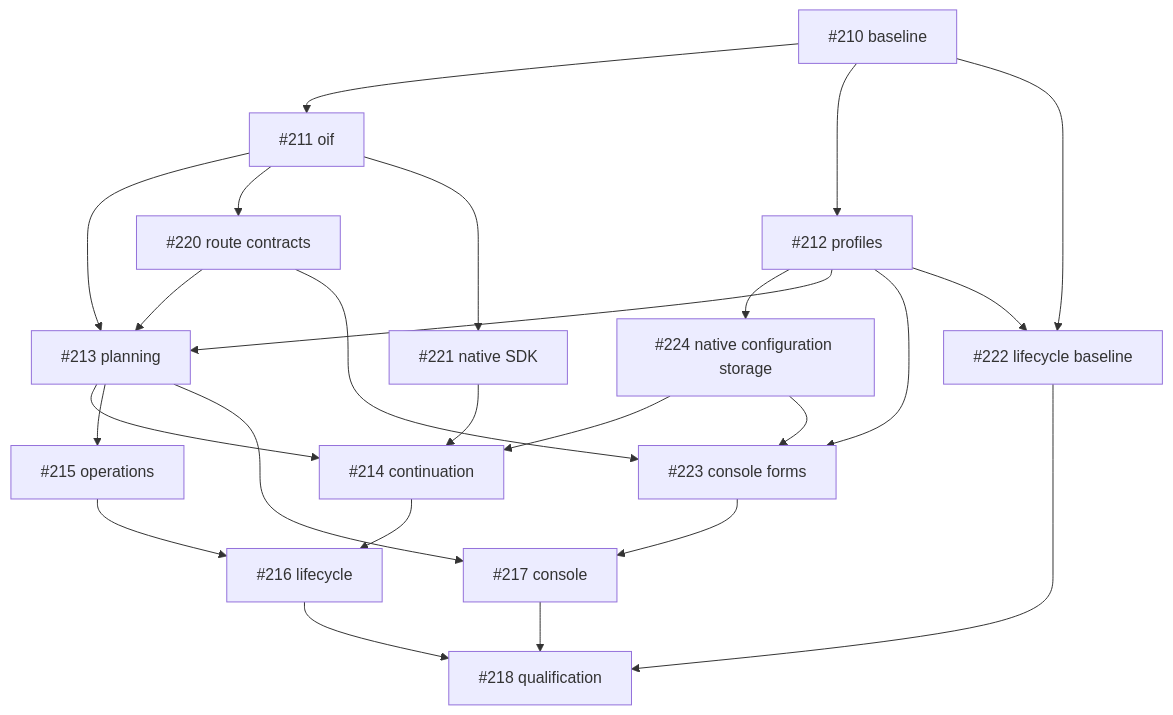
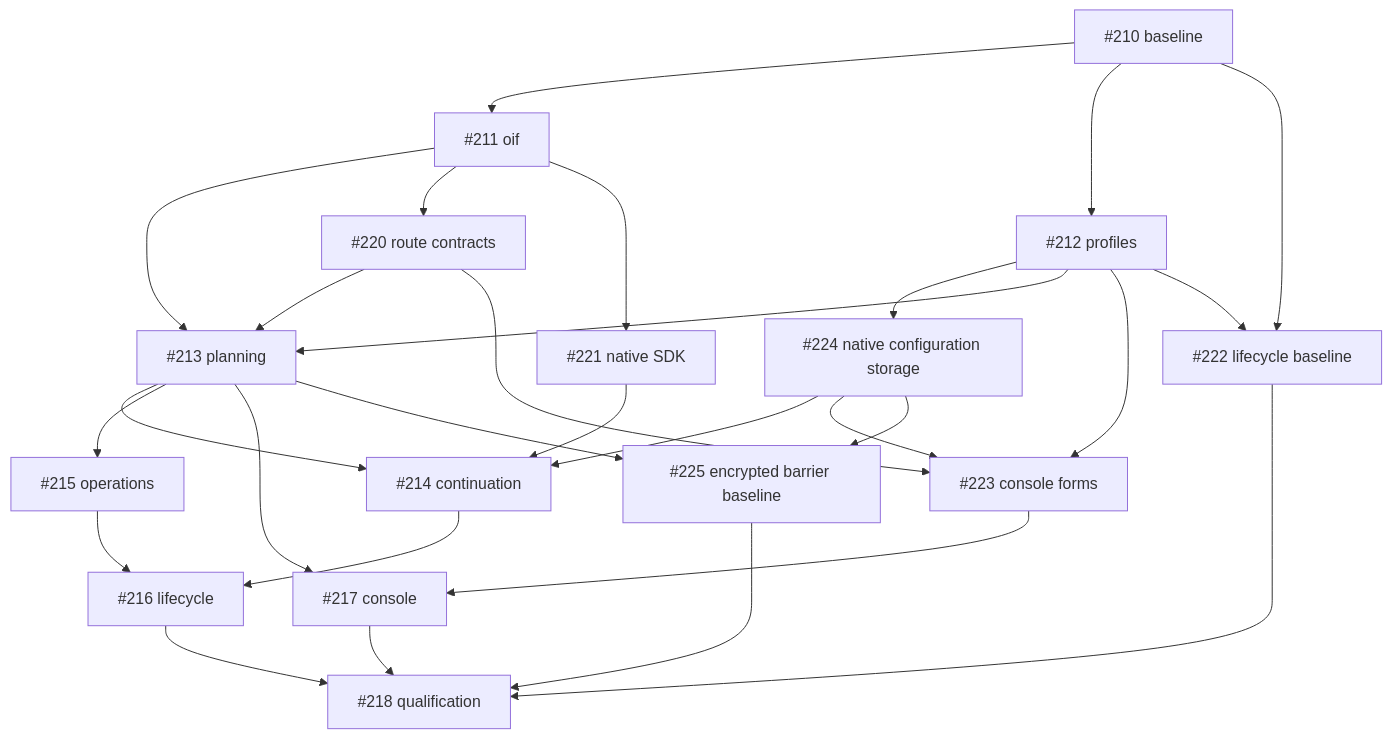
Before and after one commit to tyk-swe/olp: the diagram in docs/implementation/oif.md, drawn with Mermaid. The commit also changed other lines of this file, not shown here.

Commit message:
Track encrypted continuation reference qualification

````diff
--- a/docs/implementation/oif.md
+++ b/docs/implementation/oif.md
@@ -7,41 +7,45 @@
 ```mermaid
 graph TD
   baseline["#210 baseline"]
   oif["#211 oif"]
   baseline --> oif
   profiles["#212 profiles"]
   baseline --> profiles
   native_config_storage["#224 native configuration storage"]
   profiles --> native_config_storage
   planning["#213 planning"]
   oif --> planning
   profiles --> planning
   route_contracts["#220 route contracts"]
   oif --> route_contracts
   route_contracts --> planning
   continuation["#214 continuation"]
   planning --> continuation
   native_sdk["#221 native SDK"]
   oif --> native_sdk
   native_sdk --> continuation
   native_config_storage --> continuation
   operations["#215 operations"]
   planning --> operations
   lifecycle["#216 lifecycle"]
   continuation --> lifecycle
   operations --> lifecycle
   console["#217 console"]
   planning --> console
   console_forms["#223 console forms"]
   profiles --> console_forms
   route_contracts --> console_forms
   native_config_storage --> console_forms
   console_forms --> console
   qualification["#218 qualification"]
   lifecycle_baseline["#222 lifecycle baseline"]
   baseline --> lifecycle_baseline
   profiles --> lifecycle_baseline
   lifecycle_baseline --> qualification
+  barrier_baseline["#225 encrypted barrier baseline"]
+  planning --> barrier_baseline
+  native_config_storage --> barrier_baseline
+  barrier_baseline --> qualification
   lifecycle --> qualification
   console --> qualification
 ```
````
